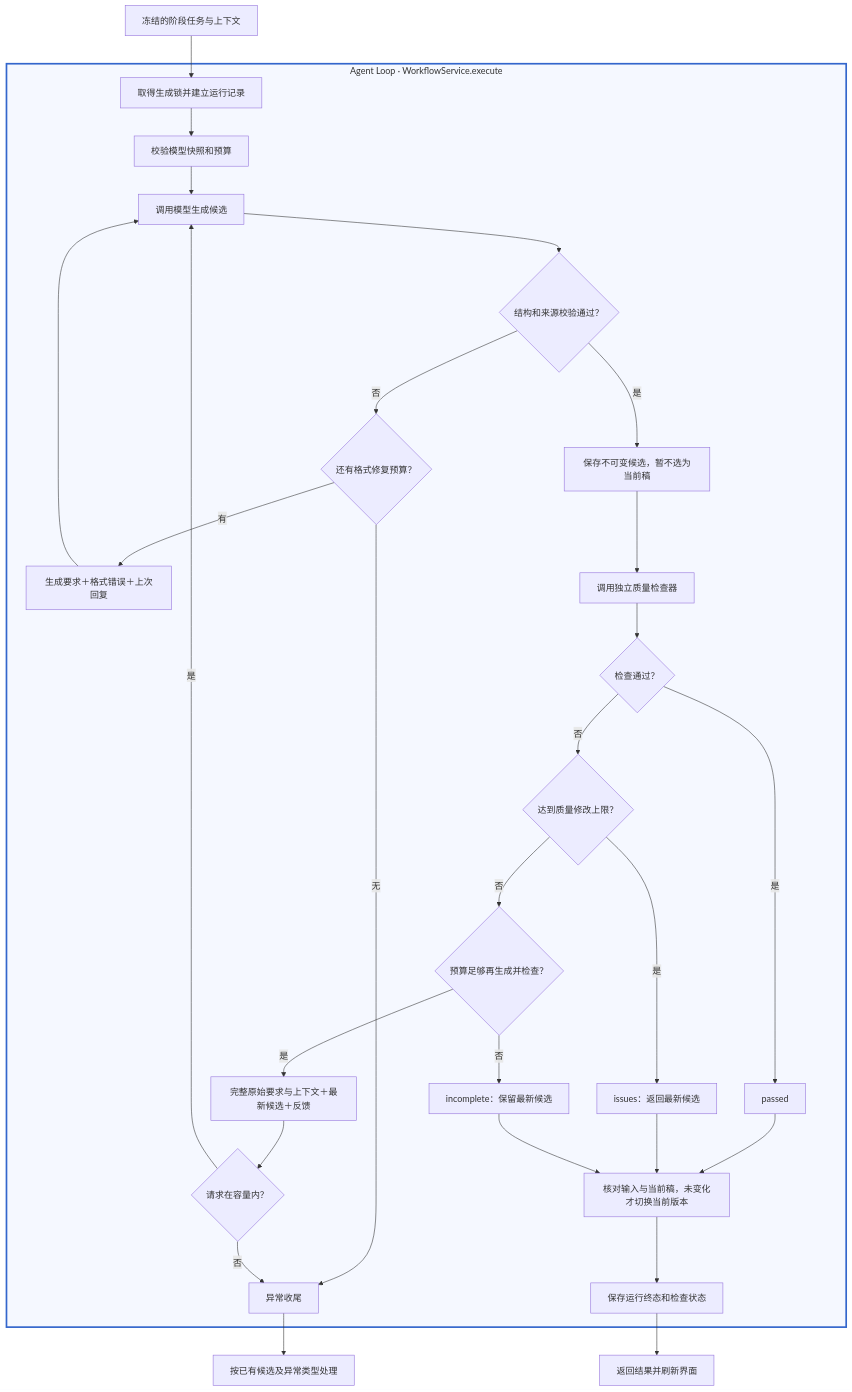
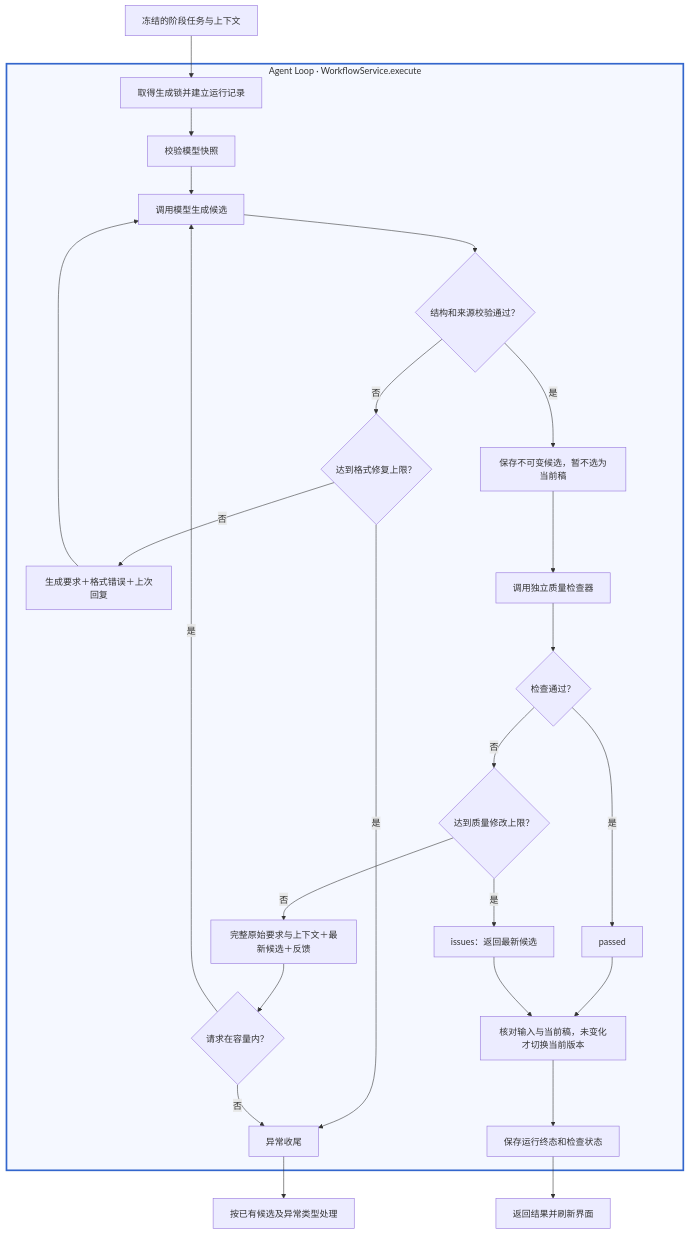
Before and after one commit to thisHobart/NovelWriter: the second of 5 diagrams in docs/short_video/architecture.md, drawn with Mermaid. The commit also changed other lines of this file and 58 other files, not shown here.

````diff
--- a/docs/short_video/architecture.md
+++ b/docs/short_video/architecture.md
@@ -55,32 +73,29 @@
 ```mermaid
 flowchart TD
     INPUT[冻结的阶段任务与上下文] --> A
     subgraph AGENT[Agent Loop · WorkflowService.execute]
-        A[取得生成锁并建立运行记录] --> B[校验模型快照和预算]
+        A[取得生成锁并建立运行记录] --> B[校验模型快照]
         B --> C[调用模型生成候选]
         C --> D{结构和来源校验通过？}
-        D -->|否| E{还有格式修复预算？}
-        E -->|有| F[生成要求＋格式错误＋上次回复]
+        D -->|否| E{达到格式修复上限？}
+        E -->|否| F[生成要求＋格式错误＋上次回复]
         F --> C
-        E -->|无| ERR[异常收尾]
+        E -->|是| ERR[异常收尾]
         D -->|是| G[保存不可变候选，暂不选为当前稿]
         G --> H[调用独立质量检查器]
         H --> I{检查通过？}
         I -->|是| PASS[passed]
         I -->|否| J{达到质量修改上限？}
         J -->|是| ISSUES[issues：返回最新候选]
-        J -->|否| K{预算足够再生成并检查？}
-        K -->|否| PARTIAL[incomplete：保留最新候选]
-        K -->|是| L[完整原始要求与上下文＋最新候选＋反馈]
+        J -->|否| L[完整原始要求与上下文＋最新候选＋反馈]
         L --> M{请求在容量内？}
         M -->|是| C
         M -->|否| ERR
         PASS --> SELECT[核对输入与当前稿，未变化才切换当前版本]
         ISSUES --> SELECT
-        PARTIAL --> SELECT
         SELECT --> DONE[保存运行终态和检查状态]
     end
     DONE --> OUT[返回结果并刷新界面]
     ERR --> CLOSE[按已有候选及异常类型处理]
     style AGENT fill:#f5f8ff,stroke:#3366cc,stroke-width:3px
 ```
````
